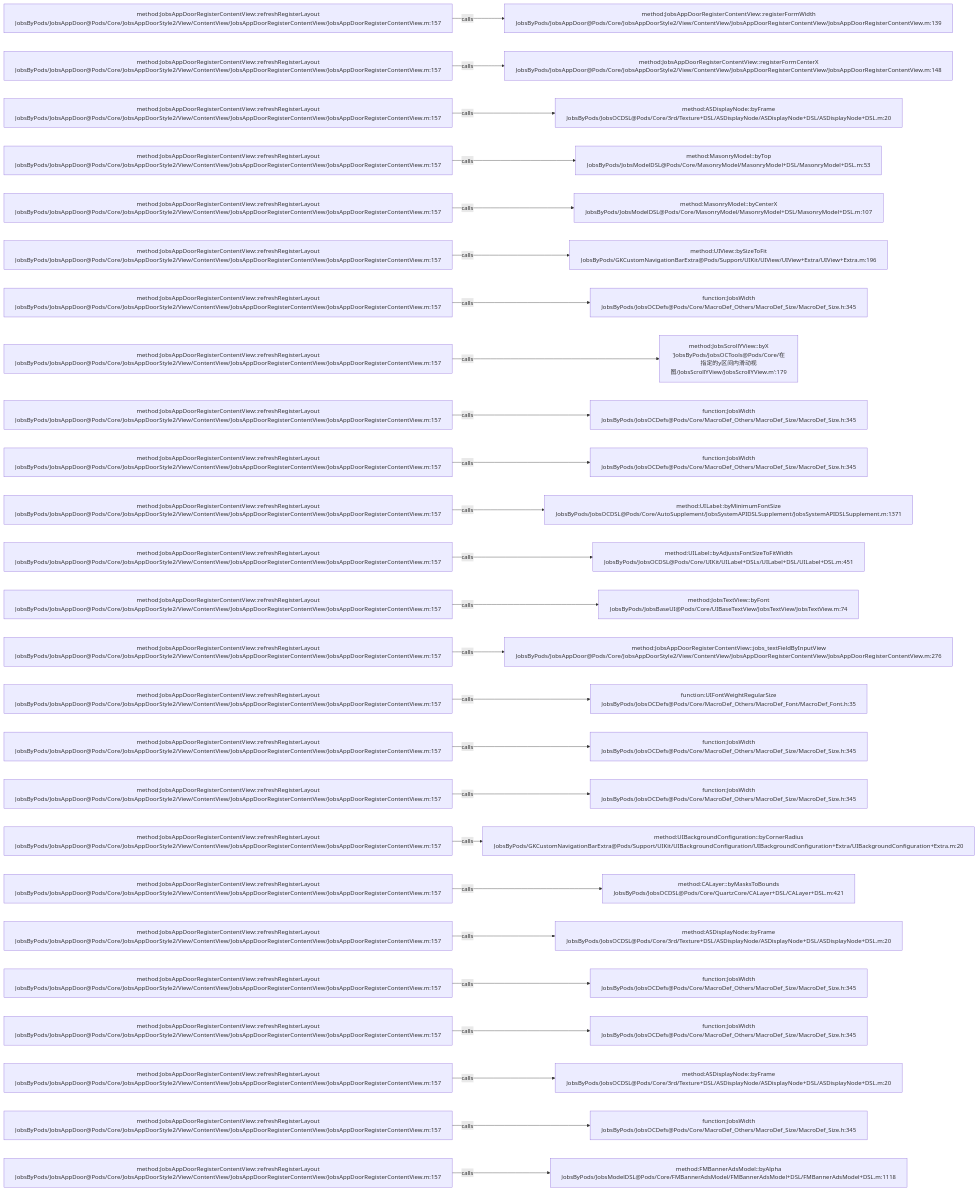
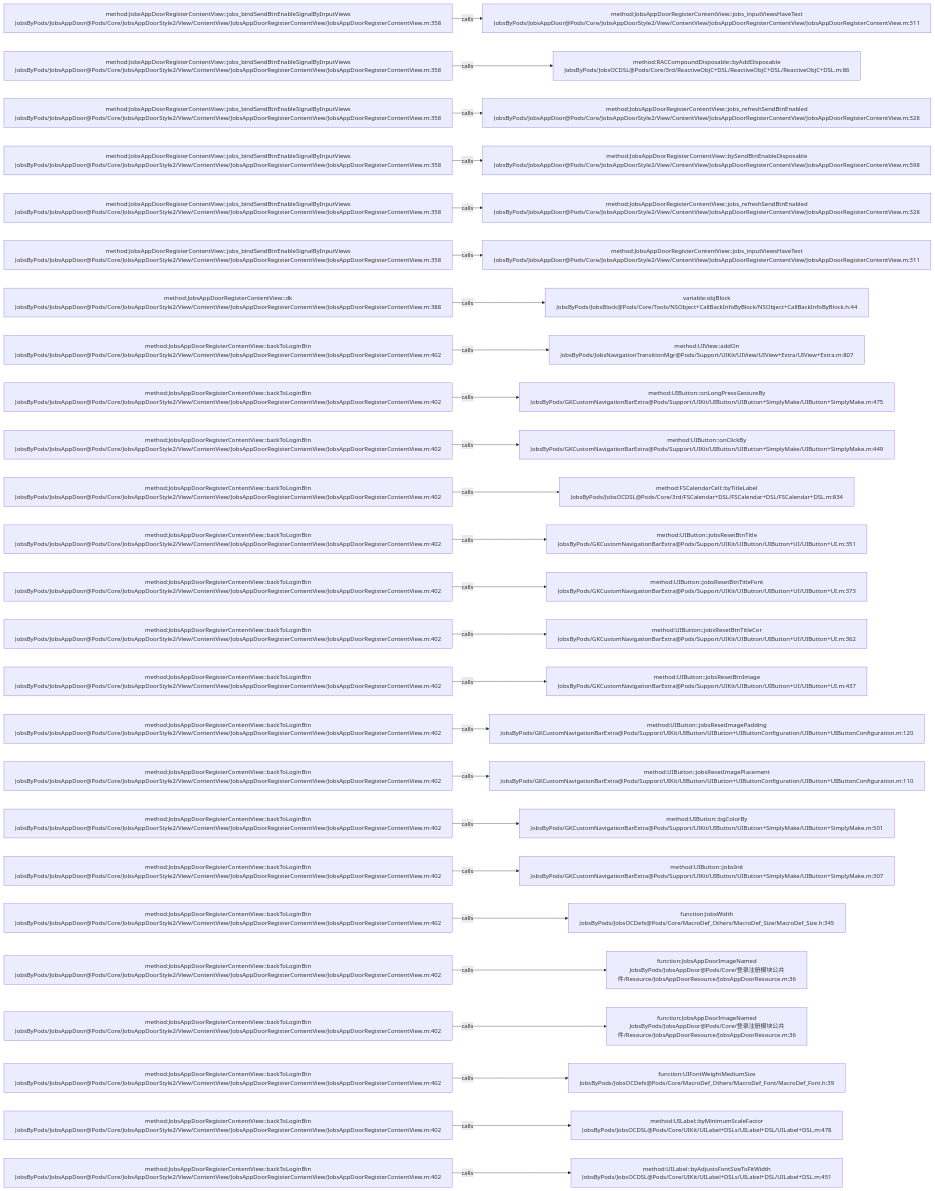
Before and after one commit to JobsKits/JobsOCBaseConfigDemo: the diagram in .codegraph/codegraph.md/graphs/calls-129.md, drawn with Mermaid. The commit also changed 223 other files, not shown here.

````diff
--- a/.codegraph/codegraph.md/graphs/calls-129.md
+++ b/.codegraph/codegraph.md/graphs/calls-129.md
@@ -13,78 +13,78 @@
 ```mermaid
 flowchart LR
-  S1["method:JobsAppDoorRegisterContentView::refreshRegisterLayout<br/>JobsByPods/JobsAppDoor@Pods/Core/JobsAppDoorStyle2/View/ContentView/JobsAppDoorRegisterContentView/JobsAppDoorRegisterContentView.m:157"]
-  T1["method:JobsAppDoorRegisterContentView::registerFormWidth<br/>JobsByPods/JobsAppDoor@Pods/Core/JobsAppDoorStyle2/View/ContentView/JobsAppDoorRegisterContentView/JobsAppDoorRegisterContentView.m:139"]
+  S1["method:JobsAppDoorRegisterContentView::jobs_bindSendBtnEnableSignalByInputViews<br/>JobsByPods/JobsAppDoor@Pods/Core/JobsAppDoorStyle2/View/ContentView/JobsAppDoorRegisterContentView/JobsAppDoorRegisterContentView.m:358"]
+  T1["method:JobsAppDoorRegisterContentView::jobs_inputViewsHaveText<br/>JobsByPods/JobsAppDoor@Pods/Core/JobsAppDoorStyle2/View/ContentView/JobsAppDoorRegisterContentView/JobsAppDoorRegisterContentView.m:311"]
   S1 -->|calls| T1
-  S2["method:JobsAppDoorRegisterContentView::refreshRegisterLayout<br/>JobsByPods/JobsAppDoor@Pods/Core/JobsAppDoorStyle2/View/ContentView/JobsAppDoorRegisterContentView/JobsAppDoorRegisterContentView.m:157"]
-  T2["method:JobsAppDoorRegisterContentView::registerFormCenterX<br/>JobsByPods/JobsAppDoor@Pods/Core/JobsAppDoorStyle2/View/ContentView/JobsAppDoorRegisterContentView/JobsAppDoorRegisterContentView.m:148"]
+  S2["method:JobsAppDoorRegisterContentView::jobs_bindSendBtnEnableSignalByInputViews<br/>JobsByPods/JobsAppDoor@Pods/Core/JobsAppDoorStyle2/View/ContentView/JobsAppDoorRegisterContentView/JobsAppDoorRegisterContentView.m:358"]
+  T2["method:RACCompoundDisposable::byAddDisposable<br/>JobsByPods/JobsOCDSL@Pods/Core/3rd/ReactiveObjC+DSL/ReactiveObjC+DSL/ReactiveObjC+DSL.m:86"]
   S2 -->|calls| T2
-  S3["method:JobsAppDoorRegisterContentView::refreshRegisterLayout<br/>JobsByPods/JobsAppDoor@Pods/Core/JobsAppDoorStyle2/View/ContentView/JobsAppDoorRegisterContentView/JobsAppDoorRegisterContentView.m:157"]
-  T3["method:ASDisplayNode::byFrame<br/>JobsByPods/JobsOCDSL@Pods/Core/3rd/Texture+DSL/ASDisplayNode/ASDisplayNode+DSL/ASDisplayNode+DSL.m:20"]
+  S3["method:JobsAppDoorRegisterContentView::jobs_bindSendBtnEnableSignalByInputViews<br/>JobsByPods/JobsAppDoor@Pods/Core/JobsAppDoorStyle2/View/ContentView/JobsAppDoorRegisterContentView/JobsAppDoorRegisterContentView.m:358"]
+  T3["method:JobsAppDoorRegisterContentView::jobs_refreshSendBtnEnabled<br/>JobsByPods/JobsAppDoor@Pods/Core/JobsAppDoorStyle2/View/ContentView/JobsAppDoorRegisterContentView/JobsAppDoorRegisterContentView.m:328"]
   S3 -->|calls| T3
-  S4["method:JobsAppDoorRegisterContentView::refreshRegisterLayout<br/>JobsByPods/JobsAppDoor@Pods/Core/JobsAppDoorStyle2/View/ContentView/JobsAppDoorRegisterContentView/JobsAppDoorRegisterContentView.m:157"]
-  T4["method:MasonryModel::byTop<br/>JobsByPods/JobsModelDSL@Pods/Core/MasonryModel/MasonryModel+DSL/MasonryModel+DSL.m:53"]
+  S4["method:JobsAppDoorRegisterContentView::jobs_bindSendBtnEnableSignalByInputViews<br/>JobsByPods/JobsAppDoor@Pods/Core/JobsAppDoorStyle2/View/ContentView/JobsAppDoorRegisterContentView/JobsAppDoorRegisterContentView.m:358"]
+  T4["method:JobsAppDoorRegisterContentView::bySendBtnEnableDisposable<br/>JobsByPods/JobsAppDoor@Pods/Core/JobsAppDoorStyle2/View/ContentView/JobsAppDoorRegisterContentView/JobsAppDoorRegisterContentView.m:598"]
   S4 -->|calls| T4
-  S5["method:JobsAppDoorRegisterContentView::refreshRegisterLayout<br/>JobsByPods/JobsAppDoor@Pods/Core/JobsAppDoorStyle2/View/ContentView/JobsAppDoorRegisterContentView/JobsAppDoorRegisterContentView.m:157"]
-  T5["method:MasonryModel::byCenterX<br/>JobsByPods/JobsModelDSL@Pods/Core/MasonryModel/MasonryModel+DSL/MasonryModel+DSL.m:107"]
+  S5["method:JobsAppDoorRegisterContentView::jobs_bindSendBtnEnableSignalByInputViews<br/>JobsByPods/JobsAppDoor@Pods/Core/JobsAppDoorStyle2/View/ContentView/JobsAppDoorRegisterContentView/JobsAppDoorRegisterContentView.m:358"]
+  T5["method:JobsAppDoorRegisterContentView::jobs_refreshSendBtnEnabled<br/>JobsByPods/JobsAppDoor@Pods/Core/JobsAppDoorStyle2/View/ContentView/JobsAppDoorRegisterContentView/JobsAppDoorRegisterContentView.m:328"]
   S5 -->|calls| T5
-  S6["method:JobsAppDoorRegisterContentView::refreshRegisterLayout<br/>JobsByPods/JobsAppDoor@Pods/Core/JobsAppDoorStyle2/View/ContentView/JobsAppDoorRegisterContentView/JobsAppDoorRegisterContentView.m:157"]
-  T6["method:UIView::bySizeToFit<br/>JobsByPods/GKCustomNavigationBarExtra@Pods/Support/UIKit/UIView/UIView+Extra/UIView+Extra.m:196"]
+  S6["method:JobsAppDoorRegisterContentView::jobs_bindSendBtnEnableSignalByInputViews<br/>JobsByPods/JobsAppDoor@Pods/Core/JobsAppDoorStyle2/View/ContentView/JobsAppDoorRegisterContentView/JobsAppDoorRegisterContentView.m:358"]
+  T6["method:JobsAppDoorRegisterContentView::jobs_inputViewsHaveText<br/>JobsByPods/JobsAppDoor@Pods/Core/JobsAppDoorStyle2/View/ContentView/JobsAppDoorRegisterContentView/JobsAppDoorRegisterContentView.m:311"]
   S6 -->|calls| T6
-  S7["method:JobsAppDoorRegisterContentView::refreshRegisterLayout<br/>JobsByPods/JobsAppDoor@Pods/Core/JobsAppDoorStyle2/View/ContentView/JobsAppDoorRegisterContentView/JobsAppDoorRegisterContentView.m:157"]
-  T7["function:JobsWidth<br/>JobsByPods/JobsOCDefs@Pods/Core/MacroDef_Others/MacroDef_Size/MacroDef_Size.h:345"]
+  S7["method:JobsAppDoorRegisterContentView::dk<br/>JobsByPods/JobsAppDoor@Pods/Core/JobsAppDoorStyle2/View/ContentView/JobsAppDoorRegisterContentView/JobsAppDoorRegisterContentView.m:388"]
+  T7["variable:objBlock<br/>JobsByPods/JobsBlock@Pods/Core/Tools/NSObject+CallBackInfoByBlock/NSObject+CallBackInfoByBlock.h:44"]
   S7 -->|calls| T7
-  S8["method:JobsAppDoorRegisterContentView::refreshRegisterLayout<br/>JobsByPods/JobsAppDoor@Pods/Core/JobsAppDoorStyle2/View/ContentView/JobsAppDoorRegisterContentView/JobsAppDoorRegisterContentView.m:157"]
-  T8["method:JobsScrollYView::byX<br/>'JobsByPods/JobsOCTools@Pods/Core/在指定的y区间内滑动视图/JobsScrollYView/JobsScrollYView.m':179"]
+  S8["method:JobsAppDoorRegisterContentView::backToLoginBtn<br/>JobsByPods/JobsAppDoor@Pods/Core/JobsAppDoorStyle2/View/ContentView/JobsAppDoorRegisterContentView/JobsAppDoorRegisterContentView.m:402"]
+  T8["method:UIView::addOn<br/>JobsByPods/JobsNavigationTransitionMgr@Pods/Support/UIKit/UIView/UIView+Extra/UIView+Extra.m:807"]
   S8 -->|calls| T8
-  S9["method:JobsAppDoorRegisterContentView::refreshRegisterLayout<br/>JobsByPods/JobsAppDoor@Pods/Core/JobsAppDoorStyle2/View/ContentView/JobsAppDoorRegisterContentView/JobsAppDoorRegisterContentView.m:157"]
-  T9["function:JobsWidth<br/>JobsByPods/JobsOCDefs@Pods/Core/MacroDef_Others/MacroDef_Size/MacroDef_Size.h:345"]
+  S9["method:JobsAppDoorRegisterContentView::backToLoginBtn<br/>JobsByPods/JobsAppDoor@Pods/Core/JobsAppDoorStyle2/View/ContentView/JobsAppDoorRegisterContentView/JobsAppDoorRegisterContentView.m:402"]
+  T9["method:UIButton::onLongPressGestureBy<br/>JobsByPods/GKCustomNavigationBarExtra@Pods/Support/UIKit/UIButton/UIButton+SimplyMake/UIButton+SimplyMake.m:475"]
   S9 -->|calls| T9
-  S10["method:JobsAppDoorRegisterContentView::refreshRegisterLayout<br/>JobsByPods/JobsAppDoor@Pods/Core/JobsAppDoorStyle2/View/ContentView/JobsAppDoorRegisterContentView/JobsAppDoorRegisterContentView.m:157"]
-  T10["function:JobsWidth<br/>JobsByPods/JobsOCDefs@Pods/Core/MacroDef_Others/MacroDef_Size/MacroDef_Size.h:345"]
+  S10["method:JobsAppDoorRegisterContentView::backToLoginBtn<br/>JobsByPods/JobsAppDoor@Pods/Core/JobsAppDoorStyle2/View/ContentView/JobsAppDoorRegisterContentView/JobsAppDoorRegisterContentView.m:402"]
+  T10["method:UIButton::onClickBy<br/>JobsByPods/GKCustomNavigationBarExtra@Pods/Support/UIKit/UIButton/UIButton+SimplyMake/UIButton+SimplyMake.m:449"]
   S10 -->|calls| T10
-  S11["method:JobsAppDoorRegisterContentView::refreshRegisterLayout<br/>JobsByPods/JobsAppDoor@Pods/Core/JobsAppDoorStyle2/View/ContentView/JobsAppDoorRegisterContentView/JobsAppDoorRegisterContentView.m:157"]
-  T11["method:UILabel::byMinimumFontSize<br/>JobsByPods/JobsOCDSL@Pods/Core/AutoSupplement/JobsSystemAPIDSLSupplement/JobsSystemAPIDSLSupplement.m:1371"]
+  S11["method:JobsAppDoorRegisterContentView::backToLoginBtn<br/>JobsByPods/JobsAppDoor@Pods/Core/JobsAppDoorStyle2/View/ContentView/JobsAppDoorRegisterContentView/JobsAppDoorRegisterContentView.m:402"]
+  T11["method:FSCalendarCell::byTitleLabel<br/>JobsByPods/JobsOCDSL@Pods/Core/3rd/FSCalendar+DSL/FSCalendar+DSL/FSCalendar+DSL.m:834"]
   S11 -->|calls| T11
-  S12["method:JobsAppDoorRegisterContentView::refreshRegisterLayout<br/>JobsByPods/JobsAppDoor@Pods/Core/JobsAppDoorStyle2/View/ContentView/JobsAppDoorRegisterContentView/JobsAppDoorRegisterContentView.m:157"]
-  T12["method:UILabel::byAdjustsFontSizeToFitWidth<br/>JobsByPods/JobsOCDSL@Pods/Core/UIKit/UILabel+DSLs/UILabel+DSL/UILabel+DSL.m:451"]
+  S12["method:JobsAppDoorRegisterContentView::backToLoginBtn<br/>JobsByPods/JobsAppDoor@Pods/Core/JobsAppDoorStyle2/View/ContentView/JobsAppDoorRegisterContentView/JobsAppDoorRegisterContentView.m:402"]
+  T12["method:UIButton::jobsResetBtnTitle<br/>JobsByPods/GKCustomNavigationBarExtra@Pods/Support/UIKit/UIButton/UIButton+UI/UIButton+UI.m:351"]
   S12 -->|calls| T12
-  S13["method:JobsAppDoorRegisterContentView::refreshRegisterLayout<br/>JobsByPods/JobsAppDoor@Pods/Core/JobsAppDoorStyle2/View/ContentView/JobsAppDoorRegisterContentView/JobsAppDoorRegisterContentView.m:157"]
-  T13["method:JobsTextView::byFont<br/>JobsByPods/JobsBaseUI@Pods/Core/UIBaseTextView/JobsTextView/JobsTextView.m:74"]
+  S13["method:JobsAppDoorRegisterContentView::backToLoginBtn<br/>JobsByPods/JobsAppDoor@Pods/Core/JobsAppDoorStyle2/View/ContentView/JobsAppDoorRegisterContentView/JobsAppDoorRegisterContentView.m:402"]
+  T13["method:UIButton::jobsResetBtnTitleFont<br/>JobsByPods/GKCustomNavigationBarExtra@Pods/Support/UIKit/UIButton/UIButton+UI/UIButton+UI.m:373"]
   S13 -->|calls| T13
-  S14["method:JobsAppDoorRegisterContentView::refreshRegisterLayout<br/>JobsByPods/JobsAppDoor@Pods/Core/JobsAppDoorStyle2/View/ContentView/JobsAppDoorRegisterContentView/JobsAppDoorRegisterContentView.m:157"]
-  T14["method:JobsAppDoorRegisterContentView::jobs_textFieldByInputView<br/>JobsByPods/JobsAppDoor@Pods/Core/JobsAppDoorStyle2/View/ContentView/JobsAppDoorRegisterContentView/JobsAppDoorRegisterContentView.m:276"]
+  S14["method:JobsAppDoorRegisterContentView::backToLoginBtn<br/>JobsByPods/JobsAppDoor@Pods/Core/JobsAppDoorStyle2/View/ContentView/JobsAppDoorRegisterContentView/JobsAppDoorRegisterContentView.m:402"]
+  T14["method:UIButton::jobsResetBtnTitleCor<br/>JobsByPods/GKCustomNavigationBarExtra@Pods/Support/UIKit/UIButton/UIButton+UI/UIButton+UI.m:362"]
   S14 -->|calls| T14
-  S15["method:JobsAppDoorRegisterContentView::refreshRegisterLayout<br/>JobsByPods/JobsAppDoor@Pods/Core/JobsAppDoorStyle2/View/ContentView/JobsAppDoorRegisterContentView/JobsAppDoorRegisterContentView.m:157"]
-  T15["function:UIFontWeightRegularSize<br/>JobsByPods/JobsOCDefs@Pods/Core/MacroDef_Others/MacroDef_Font/MacroDef_Font.h:35"]
+  S15["method:JobsAppDoorRegisterContentView::backToLoginBtn<br/>JobsByPods/JobsAppDoor@Pods/Core/JobsAppDoorStyle2/View/ContentView/JobsAppDoorRegisterContentView/JobsAppDoorRegisterContentView.m:402"]
+  T15["method:UIButton::jobsResetBtnImage<br/>JobsByPods/GKCustomNavigationBarExtra@Pods/Support/UIKit/UIButton/UIButton+UI/UIButton+UI.m:437"]
   S15 -->|calls| T15
-  S16["method:JobsAppDoorRegisterContentView::refreshRegisterLayout<br/>JobsByPods/JobsAppDoor@Pods/Core/JobsAppDoorStyle2/View/ContentView/JobsAppDoorRegisterContentView/JobsAppDoorRegisterContentView.m:157"]
-  T16["function:JobsWidth<br/>JobsByPods/JobsOCDefs@Pods/Core/MacroDef_Others/MacroDef_Size/MacroDef_Size.h:345"]
+  S16["method:JobsAppDoorRegisterContentView::backToLoginBtn<br/>JobsByPods/JobsAppDoor@Pods/Core/JobsAppDoorStyle2/View/ContentView/JobsAppDoorRegisterContentView/JobsAppDoorRegisterContentView.m:402"]
+  T16["method:UIButton::jobsResetImagePadding<br/>JobsByPods/GKCustomNavigationBarExtra@Pods/Support/UIKit/UIButton/UIButton+UIButtonConfiguration/UIButton+UIButtonConfiguration.m:120"]
   S16 -->|calls| T16
-  S17["method:JobsAppDoorRegisterContentView::refreshRegisterLayout<br/>JobsByPods/JobsAppDoor@Pods/Core/JobsAppDoorStyle2/View/ContentView/JobsAppDoorRegisterContentView/JobsAppDoorRegisterContentView.m:157"]
-  T17["function:JobsWidth<br/>JobsByPods/JobsOCDefs@Pods/Core/MacroDef_Others/MacroDef_Size/MacroDef_Size.h:345"]
+  S17["method:JobsAppDoorRegisterContentView::backToLoginBtn<br/>JobsByPods/JobsAppDoor@Pods/Core/JobsAppDoorStyle2/View/ContentView/JobsAppDoorRegisterContentView/JobsAppDoorRegisterContentView.m:402"]
+  T17["method:UIButton::jobsResetImagePlacement<br/>JobsByPods/GKCustomNavigationBarExtra@Pods/Support/UIKit/UIButton/UIButton+UIButtonConfiguration/UIButton+UIButtonConfiguration.m:110"]
   S17 -->|calls| T17
-  S18["method:JobsAppDoorRegisterContentView::refreshRegisterLayout<br/>JobsByPods/JobsAppDoor@Pods/Core/JobsAppDoorStyle2/View/ContentView/JobsAppDoorRegisterContentView/JobsAppDoorRegisterContentView.m:157"]
-  T18["method:UIBackgroundConfiguration::byCornerRadius<br/>JobsByPods/GKCustomNavigationBarExtra@Pods/Support/UIKit/UIBackgroundConfiguration/UIBackgroundConfiguration+Extra/UIBackgroundConfiguration+Extra.m:20"]
+  S18["method:JobsAppDoorRegisterContentView::backToLoginBtn<br/>JobsByPods/JobsAppDoor@Pods/Core/JobsAppDoorStyle2/View/ContentView/JobsAppDoorRegisterContentView/JobsAppDoorRegisterContentView.m:402"]
+  T18["method:UIButton::bgColorBy<br/>JobsByPods/GKCustomNavigationBarExtra@Pods/Support/UIKit/UIButton/UIButton+SimplyMake/UIButton+SimplyMake.m:501"]
   S18 -->|calls| T18
-  S19["method:JobsAppDoorRegisterContentView::refreshRegisterLayout<br/>JobsByPods/JobsAppDoor@Pods/Core/JobsAppDoorStyle2/View/ContentView/JobsAppDoorRegisterContentView/JobsAppDoorRegisterContentView.m:157"]
-  T19["method:CALayer::byMasksToBounds<br/>JobsByPods/JobsOCDSL@Pods/Core/QuartzCore/CALayer+DSL/CALayer+DSL.m:421"]
+  S19["method:JobsAppDoorRegisterContentView::backToLoginBtn<br/>JobsByPods/JobsAppDoor@Pods/Core/JobsAppDoorStyle2/View/ContentView/JobsAppDoorRegisterContentView/JobsAppDoorRegisterContentView.m:402"]
+  T19["method:UIButton::jobsInit<br/>JobsByPods/GKCustomNavigationBarExtra@Pods/Support/UIKit/UIButton/UIButton+SimplyMake/UIButton+SimplyMake.m:307"]
   S19 -->|calls| T19
-  S20["method:JobsAppDoorRegisterContentView::refreshRegisterLayout<br/>JobsByPods/JobsAppDoor@Pods/Core/JobsAppDoorStyle2/View/ContentView/JobsAppDoorRegisterContentView/JobsAppDoorRegisterContentView.m:157"]
-  T20["method:ASDisplayNode::byFrame<br/>JobsByPods/JobsOCDSL@Pods/Core/3rd/Texture+DSL/ASDisplayNode/ASDisplayNode+DSL/ASDisplayNode+DSL.m:20"]
+  S20["method:JobsAppDoorRegisterContentView::backToLoginBtn<br/>JobsByPods/JobsAppDoor@Pods/Core/JobsAppDoorStyle2/View/ContentView/JobsAppDoorRegisterContentView/JobsAppDoorRegisterContentView.m:402"]
+  T20["function:JobsWidth<br/>JobsByPods/JobsOCDefs@Pods/Core/MacroDef_Others/MacroDef_Size/MacroDef_Size.h:345"]
   S20 -->|calls| T20
-  S21["method:JobsAppDoorRegisterContentView::refreshRegisterLayout<br/>JobsByPods/JobsAppDoor@Pods/Core/JobsAppDoorStyle2/View/ContentView/JobsAppDoorRegisterContentView/JobsAppDoorRegisterContentView.m:157"]
-  T21["function:JobsWidth<br/>JobsByPods/JobsOCDefs@Pods/Core/MacroDef_Others/MacroDef_Size/MacroDef_Size.h:345"]
+  S21["method:JobsAppDoorRegisterContentView::backToLoginBtn<br/>JobsByPods/JobsAppDoor@Pods/Core/JobsAppDoorStyle2/View/ContentView/JobsAppDoorRegisterContentView/JobsAppDoorRegisterContentView.m:402"]
+  T21["function:JobsAppDoorImageNamed<br/>JobsByPods/JobsAppDoor@Pods/Core/登录注册模块公共件/Resource/JobsAppDoorResource/JobsAppDoorResource.m:36"]
   S21 -->|calls| T21
-  S22["method:JobsAppDoorRegisterContentView::refreshRegisterLayout<br/>JobsByPods/JobsAppDoor@Pods/Core/JobsAppDoorStyle2/View/ContentView/JobsAppDoorRegisterContentView/JobsAppDoorRegisterContentView.m:157"]
-  T22["function:JobsWidth<br/>JobsByPods/JobsOCDefs@Pods/Core/MacroDef_Others/MacroDef_Size/MacroDef_Size.h:345"]
+  S22["method:JobsAppDoorRegisterContentView::backToLoginBtn<br/>JobsByPods/JobsAppDoor@Pods/Core/JobsAppDoorStyle2/View/ContentView/JobsAppDoorRegisterContentView/JobsAppDoorRegisterContentView.m:402"]
+  T22["function:JobsAppDoorImageNamed<br/>JobsByPods/JobsAppDoor@Pods/Core/登录注册模块公共件/Resource/JobsAppDoorResource/JobsAppDoorResource.m:36"]
   S22 -->|calls| T22
-  S23["method:JobsAppDoorRegisterContentView::refreshRegisterLayout<br/>JobsByPods/JobsAppDoor@Pods/Core/JobsAppDoorStyle2/View/ContentView/JobsAppDoorRegisterContentView/JobsAppDoorRegisterContentView.m:157"]
-  T23["method:ASDisplayNode::byFrame<br/>JobsByPods/JobsOCDSL@Pods/Core/3rd/Texture+DSL/ASDisplayNode/ASDisplayNode+DSL/ASDisplayNode+DSL.m:20"]
+  S23["method:JobsAppDoorRegisterContentView::backToLoginBtn<br/>JobsByPods/JobsAppDoor@Pods/Core/JobsAppDoorStyle2/View/ContentView/JobsAppDoorRegisterContentView/JobsAppDoorRegisterContentView.m:402"]
+  T23["function:UIFontWeightMediumSize<br/>JobsByPods/JobsOCDefs@Pods/Core/MacroDef_Others/MacroDef_Font/MacroDef_Font.h:39"]
   S23 -->|calls| T23
-  S24["method:JobsAppDoorRegisterContentView::refreshRegisterLayout<br/>JobsByPods/JobsAppDoor@Pods/Core/JobsAppDoorStyle2/View/ContentView/JobsAppDoorRegisterContentView/JobsAppDoorRegisterContentView.m:157"]
-  T24["function:JobsWidth<br/>JobsByPods/JobsOCDefs@Pods/Core/MacroDef_Others/MacroDef_Size/MacroDef_Size.h:345"]
+  S24["method:JobsAppDoorRegisterContentView::backToLoginBtn<br/>JobsByPods/JobsAppDoor@Pods/Core/JobsAppDoorStyle2/View/ContentView/JobsAppDoorRegisterContentView/JobsAppDoorRegisterContentView.m:402"]
+  T24["method:UILabel::byMinimumScaleFactor<br/>JobsByPods/JobsOCDSL@Pods/Core/UIKit/UILabel+DSLs/UILabel+DSL/UILabel+DSL.m:478"]
   S24 -->|calls| T24
-  S25["method:JobsAppDoorRegisterContentView::refreshRegisterLayout<br/>JobsByPods/JobsAppDoor@Pods/Core/JobsAppDoorStyle2/View/ContentView/JobsAppDoorRegisterContentView/JobsAppDoorRegisterContentView.m:157"]
-  T25["method:FMBannerAdsModel::byAlpha<br/>JobsByPods/JobsModelDSL@Pods/Core/FMBannerAdsModel/FMBannerAdsModel+DSL/FMBannerAdsModel+DSL.m:1118"]
+  S25["method:JobsAppDoorRegisterContentView::backToLoginBtn<br/>JobsByPods/JobsAppDoor@Pods/Core/JobsAppDoorStyle2/View/ContentView/JobsAppDoorRegisterContentView/JobsAppDoorRegisterContentView.m:402"]
+  T25["method:UILabel::byAdjustsFontSizeToFitWidth<br/>JobsByPods/JobsOCDSL@Pods/Core/UIKit/UILabel+DSLs/UILabel+DSL/UILabel+DSL.m:451"]
   S25 -->|calls| T25
 ```
````
